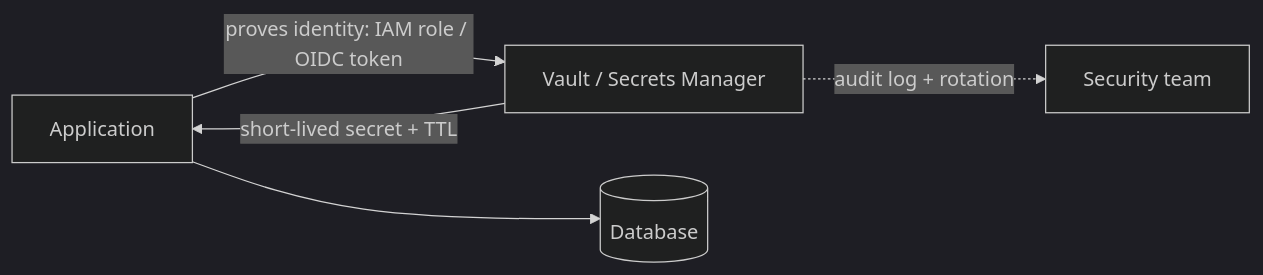
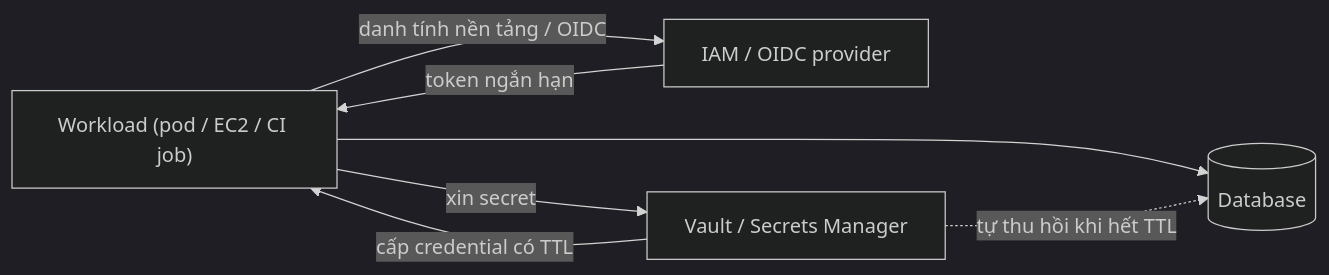
One commit to passion-Infinity/personal-tech-playbook changed the diagram in src/assets/knowledge/playbooks/security/secrets-management.md. Above: the diagram before and after it, drawn with Mermaid (dark theme). The commit also changed other lines of this file and 8 other files, not shown here.

````diff
--- a/src/assets/knowledge/playbooks/security/secrets-management.md
+++ b/src/assets/knowledge/playbooks/security/secrets-management.md
@@ -17,7 +36,9 @@
 ```mermaid
 flowchart LR
-    APP[Application] -->|"proves identity: IAM role / OIDC token"| V[Vault / Secrets Manager]
-    V -->|"short-lived secret + TTL"| APP
-    APP --> DB[(Database)]
-    V -.->|"audit log + rotation"| A[Security team]
+    WL["Workload (pod / EC2 / CI job)"] -->|"danh tính nền tảng / OIDC"| IDP["IAM / OIDC provider"]
+    IDP -->|"token ngắn hạn"| WL
+    WL -->|"xin secret"| VLT["Vault / Secrets Manager"]
+    VLT -->|"cấp credential có TTL"| WL
+    WL --> DB[("Database")]
+    VLT -.->|"tự thu hồi khi hết TTL"| DB
 ```
````
